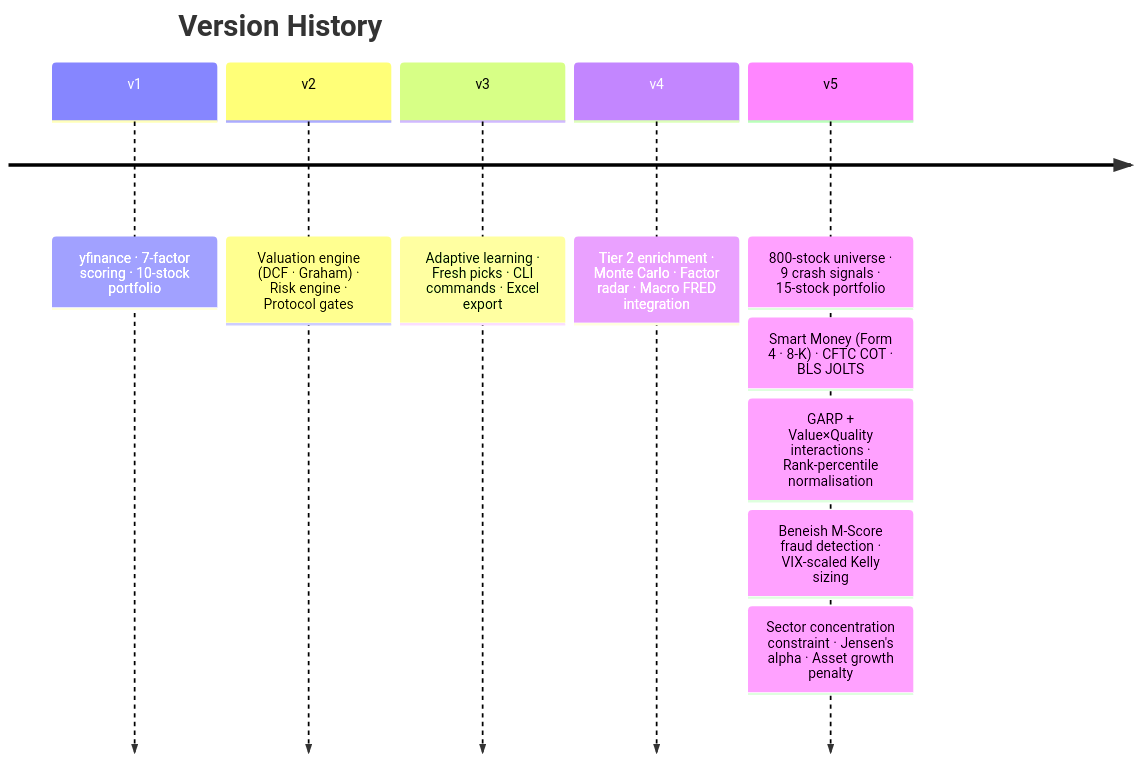
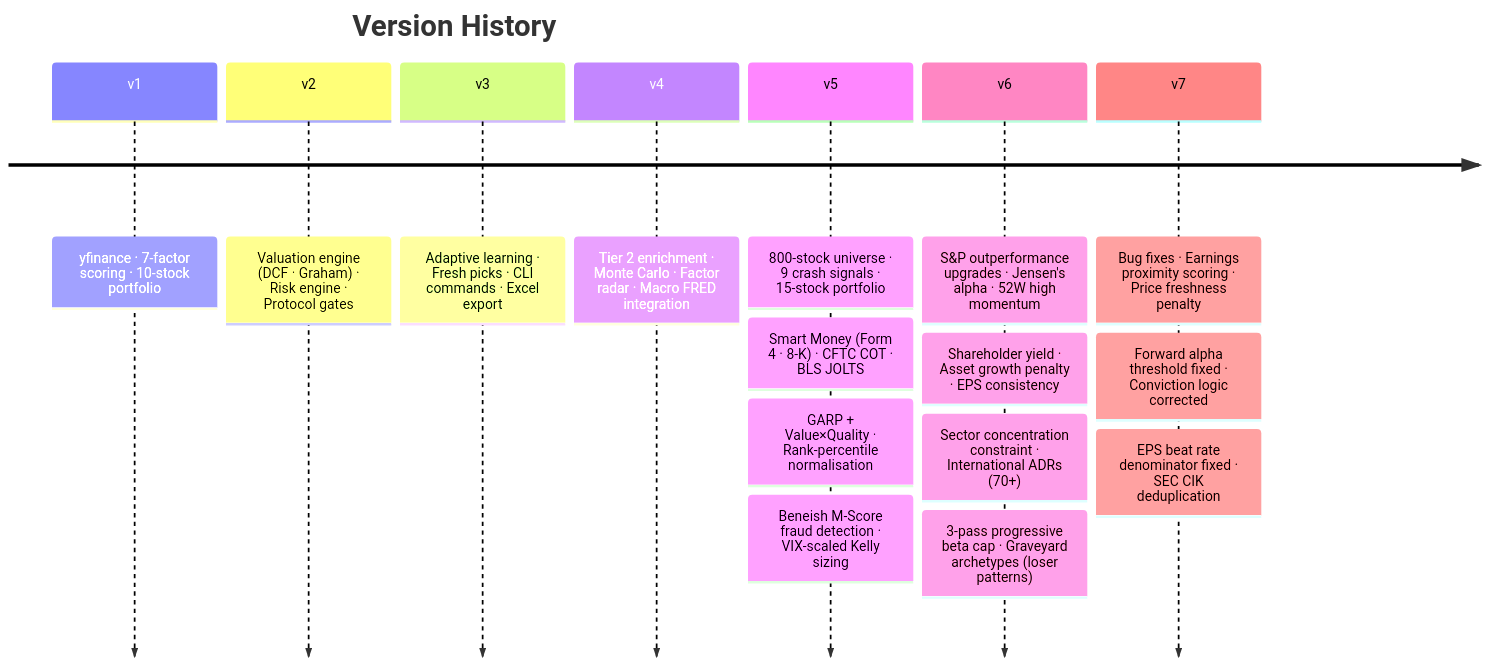
Before and after one commit to Justme-Cliff/Investing-ML: the fourth of 4 diagrams in README.md, drawn with Mermaid. The commit also changed other lines of this file and 18 other files, not shown here.

````diff
--- a/README.md
+++ b/README.md
@@ -691,13 +562,19 @@
 ```mermaid
 timeline
     title Version History
     v1 : yfinance · 7-factor scoring · 10-stock portfolio
     v2 : Valuation engine (DCF · Graham) · Risk engine · Protocol gates
     v3 : Adaptive learning · Fresh picks · CLI commands · Excel export
     v4 : Tier 2 enrichment · Monte Carlo · Factor radar · Macro FRED integration
     v5 : 800-stock universe · 9 crash signals · 15-stock portfolio
        : Smart Money (Form 4 · 8-K) · CFTC COT · BLS JOLTS
-       : GARP + Value×Quality interactions · Rank-percentile normalisation
+       : GARP + Value×Quality · Rank-percentile normalisation
        : Beneish M-Score fraud detection · VIX-scaled Kelly sizing
-       : Sector concentration constraint · Jensen's alpha · Asset growth penalty
+    v6 : S&P outperformance upgrades · Jensen's alpha · 52W high momentum
+       : Shareholder yield · Asset growth penalty · EPS consistency
+       : Sector concentration constraint · International ADRs (70+)
+       : 3-pass progressive beta cap · Graveyard archetypes (loser patterns)
+    v7 : Bug fixes · Earnings proximity scoring · Price freshness penalty
+       : Forward alpha threshold fixed · Conviction logic corrected
+       : EPS beat rate denominator fixed · SEC CIK deduplication
 ```
````
